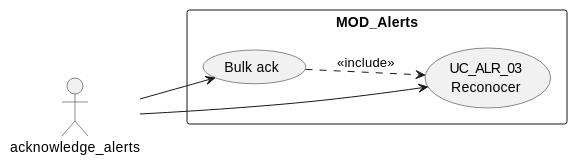
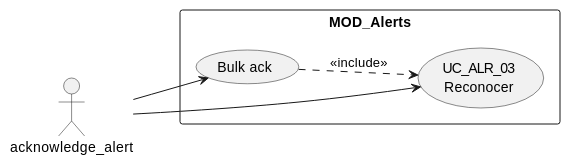
One commit to jcg-admin/IACT-docs changed the first of 4 diagrams in source/requisitos/casos-uso/alerts/uc-alr-03/diagramas-uml.rst. Above: the diagram before and after it, drawn with PlantUML. The commit also changed other lines of this file and 157 other files, not shown here.

First line of the commit message:
Enforce catalog function names across all diagrams

```diff
--- a/source/requisitos/casos-uso/alerts/uc-alr-03/diagramas-uml.rst
+++ b/source/requisitos/casos-uso/alerts/uc-alr-03/diagramas-uml.rst
@@ -10,13 +10,13 @@
 .. uml::
 
  @startuml
  left to right direction
- actor "acknowledge_alerts" as USR
+ actor "acknowledge_alert" as USR
  rectangle "MOD_Alerts" {
    usecase "UC_ALR_03\nReconocer" as UC03
    usecase "Bulk ack" as BA
  }
  USR --> UC03
  USR --> BA
  BA ..> UC03 : <<include>>
  @enduml
```
